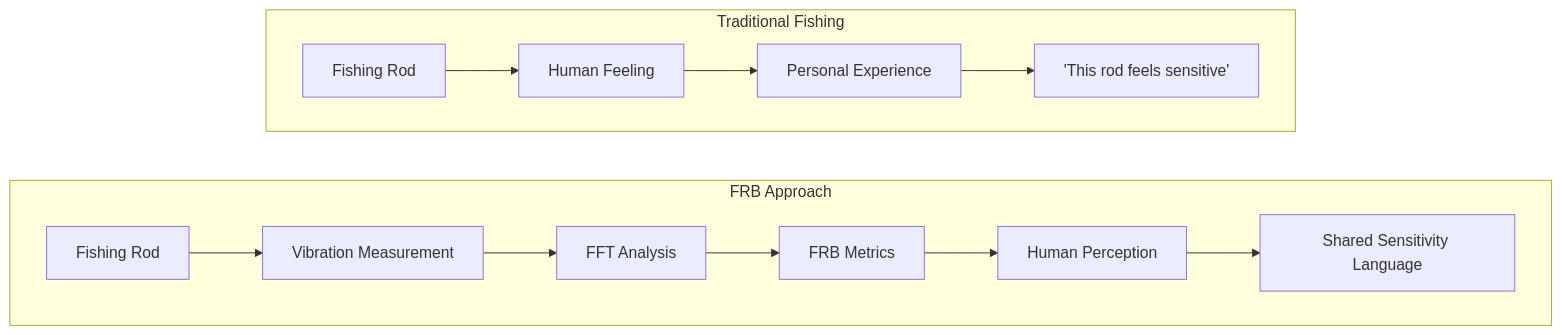
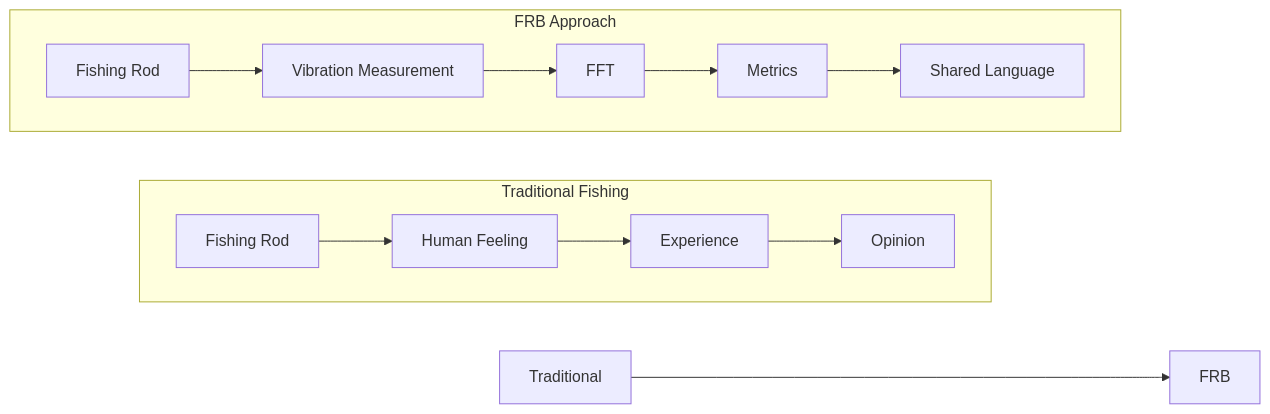
Before and after one commit to tamasub/FRB: the third of 3 diagrams in README.md, drawn with Mermaid.

Commit message:
mermaid upd

````diff
--- a/README.md
+++ b/README.md
@@ -66,21 +66,15 @@
 ```mermaid
 flowchart LR
 
-subgraph FRB Approach
-direction LR
-E[Fishing Rod] --> F[Vibration Measurement]
-F --> G[FFT Analysis]
-G --> H[FRB Metrics]
-H --> I[Human Perception]
-I --> J[Shared Sensitivity Language]
-end
+T[Traditional] --> F[FRB]
 
 subgraph Traditional Fishing
 direction LR
-A[Fishing Rod] --> B[Human Feeling]
-B --> C[Personal Experience]
-C --> D["'This rod feels sensitive'"]
+A[Fishing Rod] --> B[Human Feeling] --> C[Experience] --> D[Opinion]
 end
 
-
+subgraph FRB Approach
+direction LR
+E[Fishing Rod] --> F1[Vibration Measurement] --> G[FFT] --> H[Metrics] --> I[Shared Language]
+end
 ```
````
